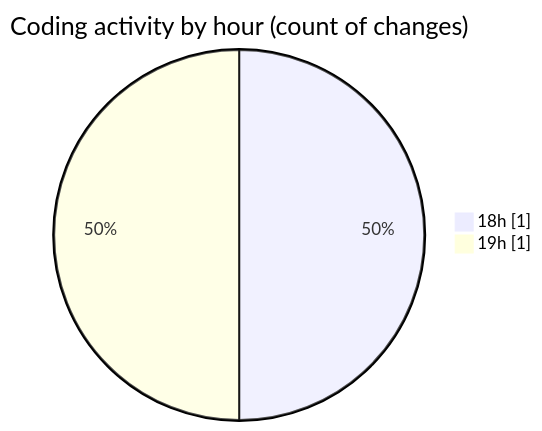
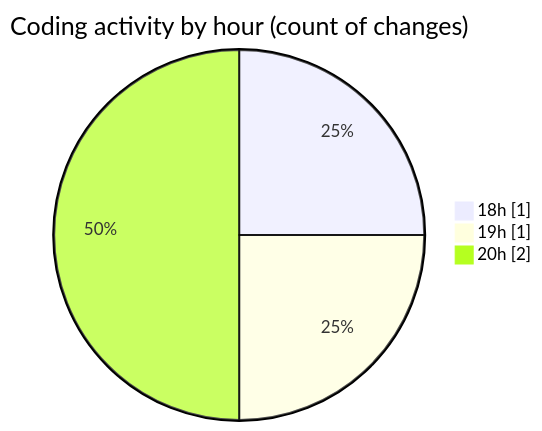
The second of 2 diagrams in 2026-07-16/cubase_15_64/README.md (shibass792/code-tracking), drawn with Mermaid before and after one commit. The commit also changed other lines of this file and 1 other file, not shown here.

````diff
--- a/2026-07-16/cubase_15_64/README.md
+++ b/2026-07-16/cubase_15_64/README.md
@@ -28,6 +28,7 @@
 ```mermaid
 pie showData
 title Coding activity by hour (count of changes)
 "18h" : 1
 "19h" : 1
+"20h" : 2
 ```
````
